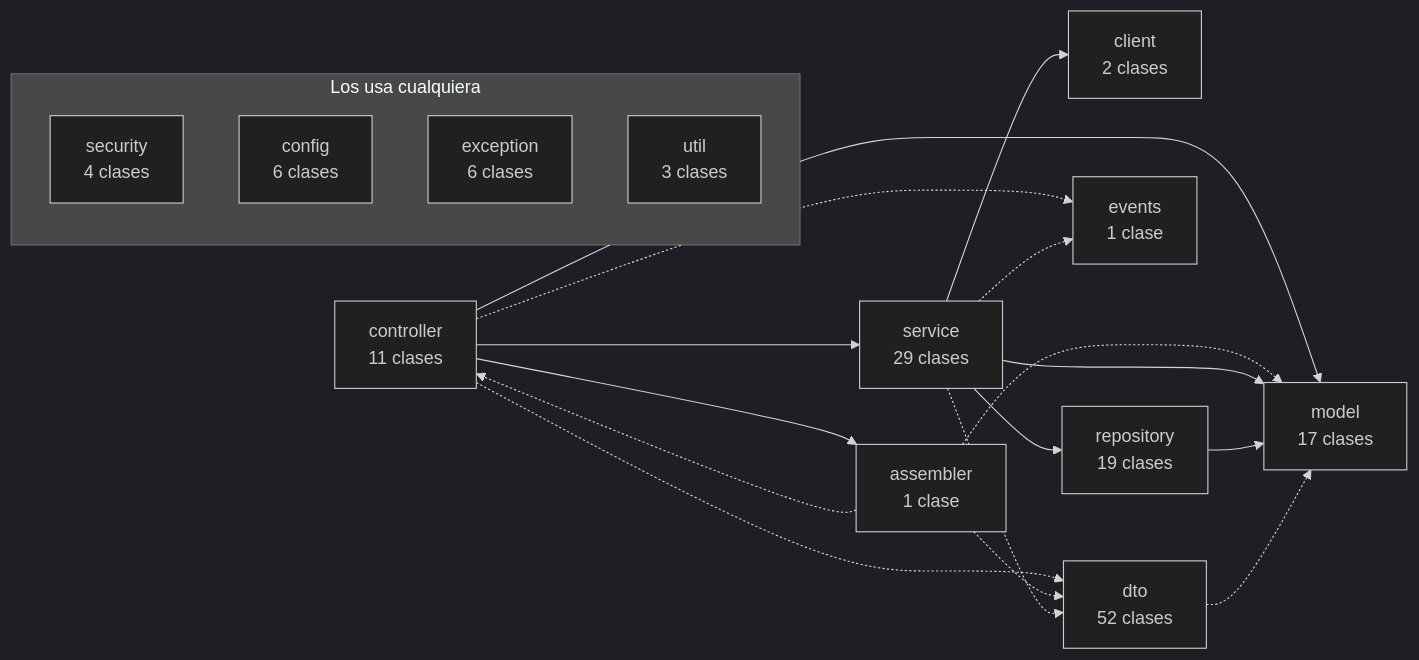
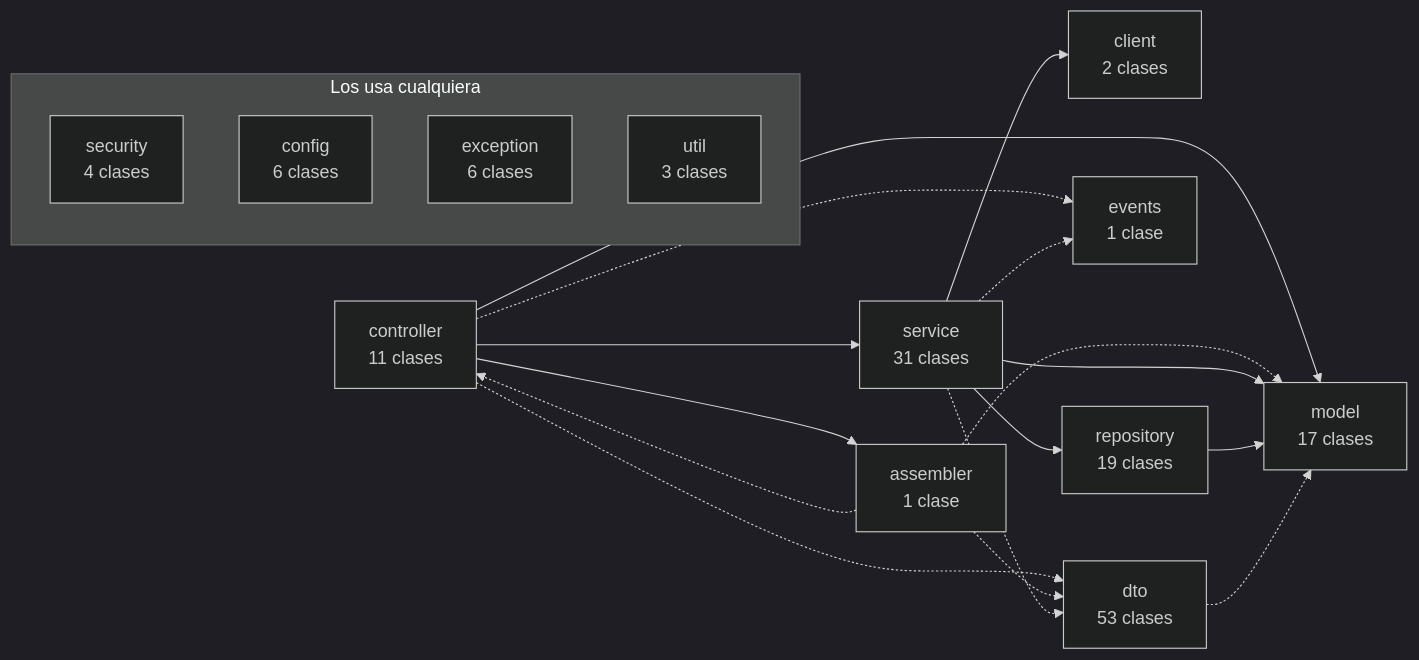
One commit to TechnicalBridge/DataBridge changed the third of 8 diagrams in docs/diagramas/componentes.md. Above: the diagram before and after it, drawn with Mermaid (dark theme). The commit also changed other lines of this file and 29 other files, not shown here.

````diff
--- a/docs/diagramas/componentes.md
+++ b/docs/diagramas/componentes.md
@@ -165,33 +165,33 @@
 ```mermaid
 flowchart LR
     controller["controller<br/>11 clases"]
     assembler["assembler<br/>1 clase"]
-    service["service<br/>29 clases"]
+    service["service<br/>31 clases"]
     client["client<br/>2 clases"]
     repository["repository<br/>19 clases"]
     model["model<br/>17 clases"]
     events["events<br/>1 clase"]
-    dto["dto<br/>52 clases"]
+    dto["dto<br/>53 clases"]
     subgraph TRANSVERSAL["Los usa cualquiera"]
         direction TB
         security["security<br/>4 clases"]
         config["config<br/>6 clases"]
         exception["exception<br/>6 clases"]
         util["util<br/>3 clases"]
     end
     controller --> assembler
     controller --> service
     controller --> model
     controller -.-> events
     controller -.-> dto
     assembler -.-> controller
     assembler -.-> model
     assembler -.-> dto
     service --> client
     service --> repository
     service --> model
     service -.-> events
     service -.-> dto
     repository --> model
     dto -.-> model
 ```
````
